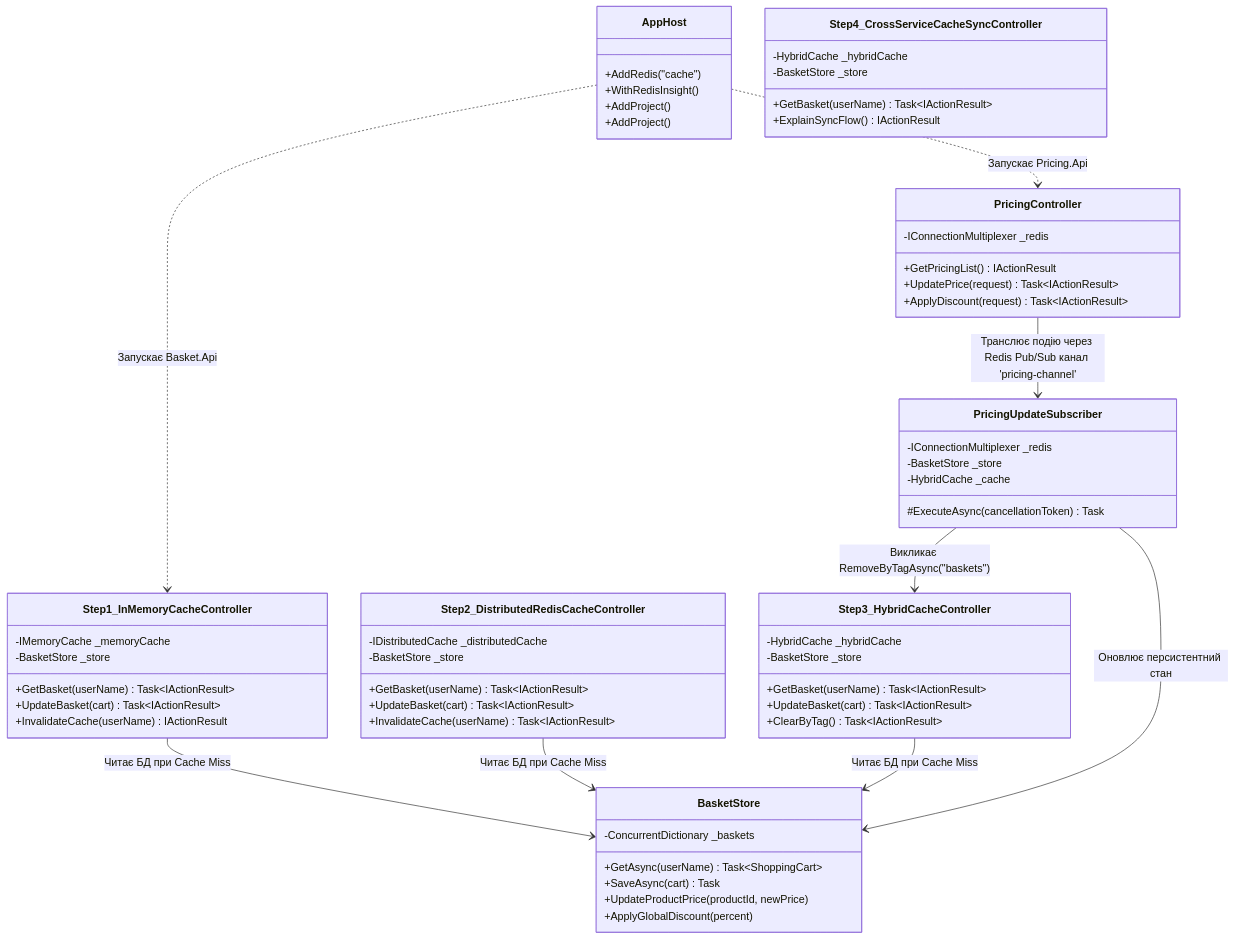
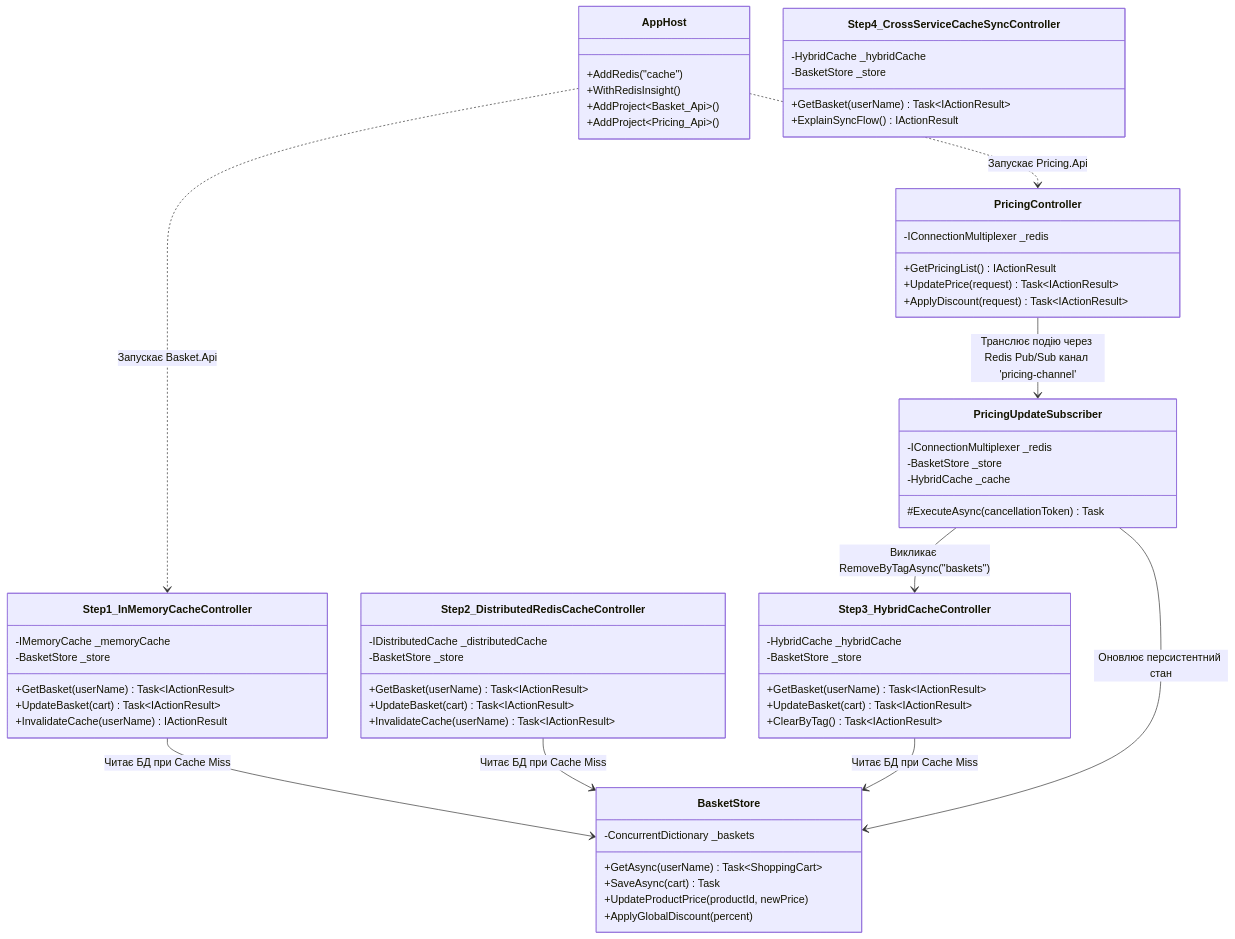
Before and after one commit to MrTomkaYurii/Microservices-Aspire-Mastery: the second of 6 diagrams in 02-Centralized-Caching-Redis/STRUCTURE-AND-DATA-FLOW.md, drawn with Mermaid. The commit also changed other lines of this file and 49 other files, not shown here.

````diff
--- a/02-Centralized-Caching-Redis/STRUCTURE-AND-DATA-FLOW.md
+++ b/02-Centralized-Caching-Redis/STRUCTURE-AND-DATA-FLOW.md
@@ -72,73 +68,73 @@
 ```mermaid
 classDiagram
     class AppHost {
         +AddRedis("cache")
         +WithRedisInsight()
-        +AddProject<Basket_Api>()
-        +AddProject<Pricing_Api>()
+        +AddProject~Basket_Api~()
+        +AddProject~Pricing_Api~()
     }
 
     class Step1_InMemoryCacheController {
         -IMemoryCache _memoryCache
         -BasketStore _store
         +GetBasket(userName) Task~IActionResult~
         +UpdateBasket(cart) Task~IActionResult~
         +InvalidateCache(userName) IActionResult
     }
 
     class Step2_DistributedRedisCacheController {
         -IDistributedCache _distributedCache
         -BasketStore _store
         +GetBasket(userName) Task~IActionResult~
         +UpdateBasket(cart) Task~IActionResult~
         +InvalidateCache(userName) Task~IActionResult~
     }
 
     class Step3_HybridCacheController {
         -HybridCache _hybridCache
         -BasketStore _store
         +GetBasket(userName) Task~IActionResult~
         +UpdateBasket(cart) Task~IActionResult~
         +ClearByTag() Task~IActionResult~
     }
 
     class Step4_CrossServiceCacheSyncController {
         -HybridCache _hybridCache
         -BasketStore _store
         +GetBasket(userName) Task~IActionResult~
         +ExplainSyncFlow() IActionResult
     }
 
     class PricingController {
         -IConnectionMultiplexer _redis
         +GetPricingList() IActionResult
         +UpdatePrice(request) Task~IActionResult~
         +ApplyDiscount(request) Task~IActionResult~
     }
 
     class PricingUpdateSubscriber {
         -IConnectionMultiplexer _redis
         -BasketStore _store
         -HybridCache _cache
         #ExecuteAsync(cancellationToken) Task
     }
 
     class BasketStore {
         -ConcurrentDictionary _baskets
         +GetAsync(userName) Task~ShoppingCart~
         +SaveAsync(cart) Task
         +UpdateProductPrice(productId, newPrice)
         +ApplyGlobalDiscount(percent)
     }
 
     AppHost ..> Step1_InMemoryCacheController : Запускає Basket.Api
     AppHost ..> PricingController : Запускає Pricing.Api
 
     Step1_InMemoryCacheController --> BasketStore : Читає БД при Cache Miss
     Step2_DistributedRedisCacheController --> BasketStore : Читає БД при Cache Miss
     Step3_HybridCacheController --> BasketStore : Читає БД при Cache Miss
 
     PricingController --> PricingUpdateSubscriber : Транслює подію через Redis Pub/Sub канал 'pricing-channel'
     PricingUpdateSubscriber --> BasketStore : Оновлює персистентний стан
     PricingUpdateSubscriber --> Step3_HybridCacheController : Викликає RemoveByTagAsync("baskets")
 ```
````
